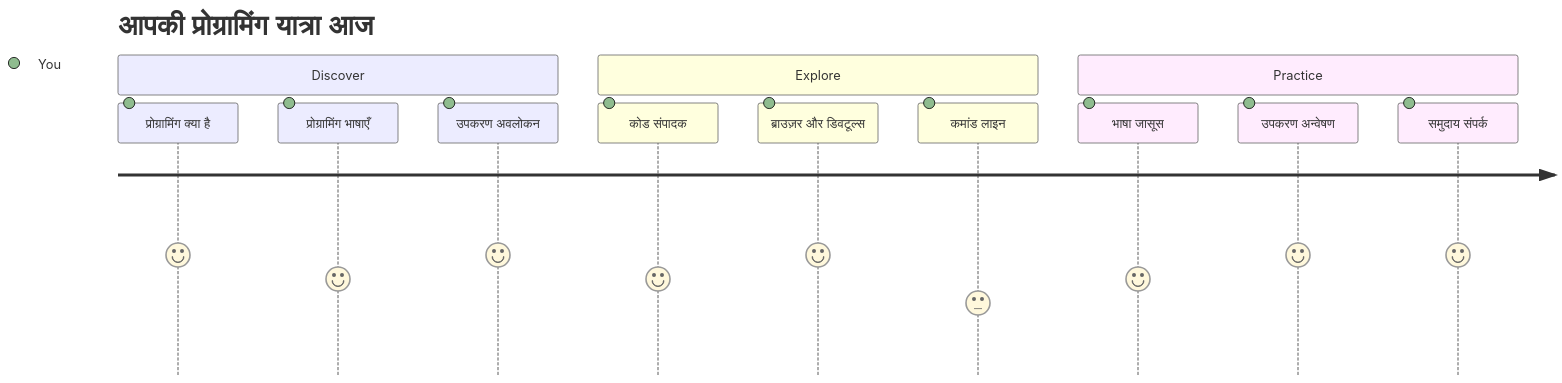
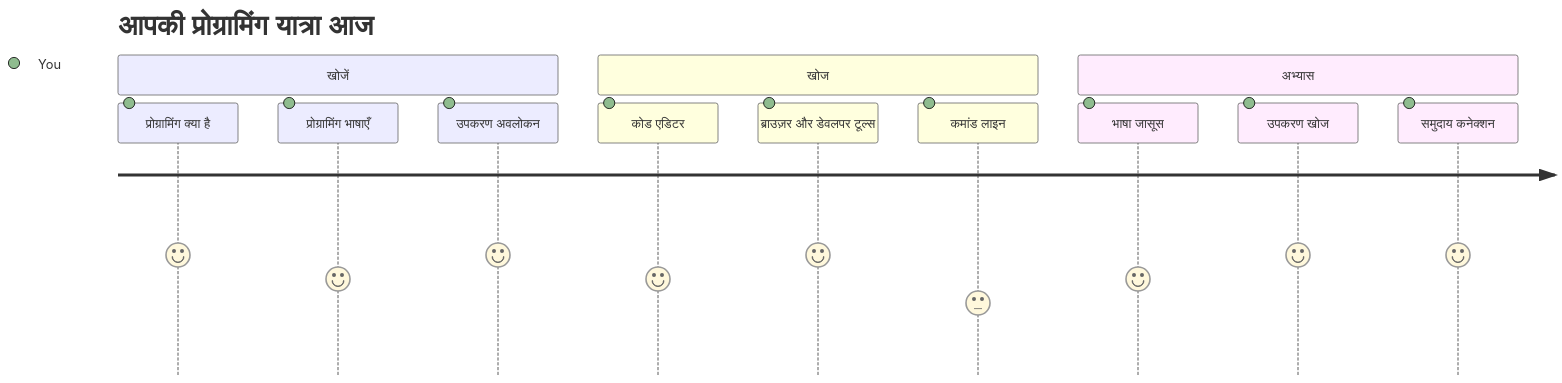
The first of 7 diagrams in translations/hi/1-getting-started-lessons/1-intro-to-programming-languages/README.md (microsoft/Web-Dev-For-Beginners), drawn with Mermaid before and after one commit. The commit also changed other lines of this file and 8 other files, not shown here.

````diff
--- a/translations/hi/1-getting-started-lessons/1-intro-to-programming-languages/README.md
+++ b/translations/hi/1-getting-started-lessons/1-intro-to-programming-languages/README.md
@@ -14,16 +14,16 @@
 ```mermaid
 journey
     title आपकी प्रोग्रामिंग यात्रा आज
-    section Discover
+    section खोजें
       प्रोग्रामिंग क्या है: 5: You
       प्रोग्रामिंग भाषाएँ: 4: You
       उपकरण अवलोकन: 5: You
-    section Explore
-      कोड संपादक: 4: You
-      ब्राउज़र और डिवटूल्स: 5: You
+    section खोज
+      कोड एडिटर: 4: You
+      ब्राउज़र और डेवलपर टूल्स: 5: You
       कमांड लाइन: 3: You
-    section Practice
+    section अभ्यास
       भाषा जासूस: 4: You
-      उपकरण अन्वेषण: 5: You
-      समुदाय संपर्क: 5: You
+      उपकरण खोज: 5: You
+      समुदाय कनेक्शन: 5: You
 ```
````
